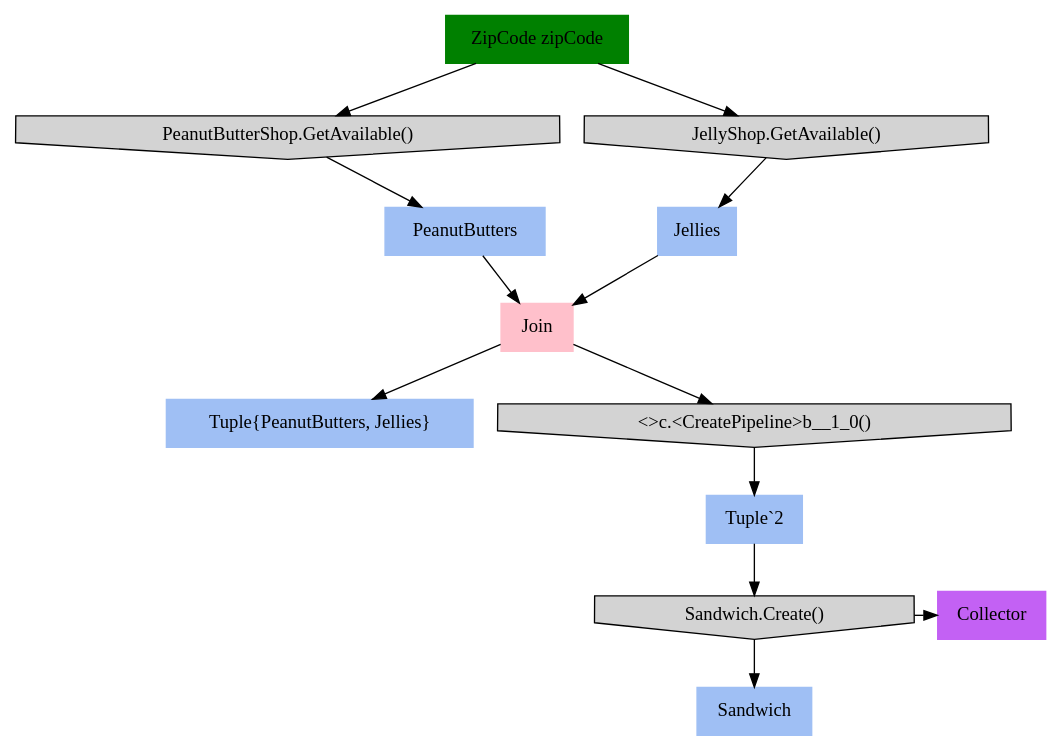
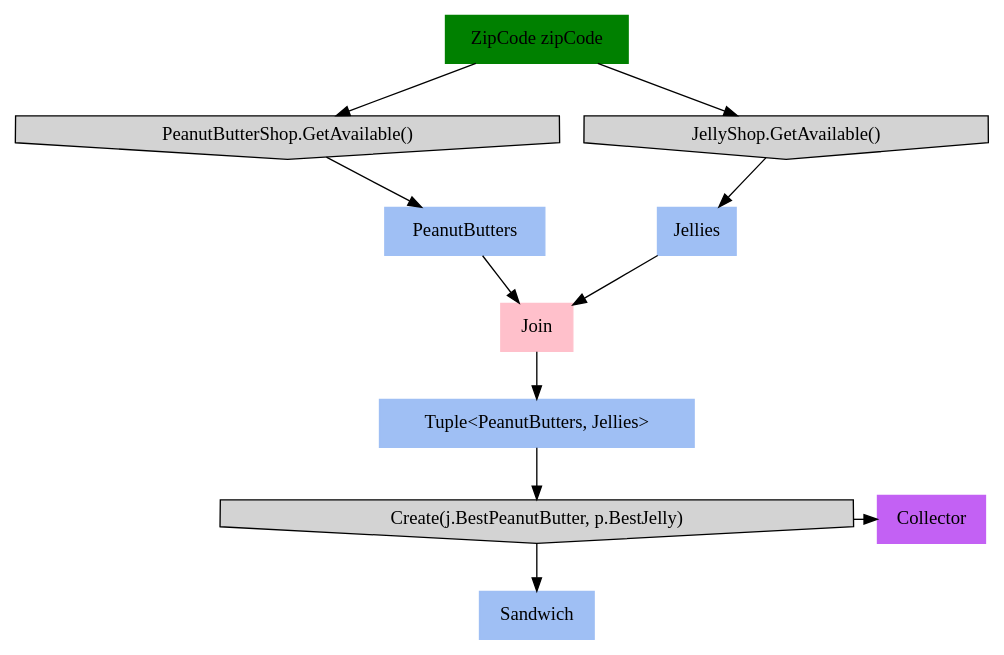
The diagram in PipelinesExercise.Tests/Tests.Test_StartHere.approved.dot (refactoring-pipelines/PipelinesExercise), drawn with Graphviz before and after one commit. The commit also changed 1 other file, not shown here.

Commit message:
Update approved graph

```diff
--- a/PipelinesExercise.Tests/Tests.Test_StartHere.approved.dot
+++ b/PipelinesExercise.Tests/Tests.Test_StartHere.approved.dot
@@ -1,28 +1,25 @@
 digraph G { node [style=filled, shape=rec]
 
 # Nodes
 "ZipCode zipCode" -> "PeanutButterShop.GetAvailable()" -> "PeanutButters"
-{"PeanutButters", "Jellies"} -> "Join" -> "Tuple{PeanutButters, Jellies}"
-"Join" -> "<>c.<CreatePipeline>b__1_0()" -> "Tuple`2"
-"Tuple`2" -> "Sandwich.Create()" -> {"Sandwich", "Collector"}
+{"PeanutButters", "Jellies"} -> "Join" -> "Tuple<PeanutButters, Jellies>"
+"Tuple<PeanutButters, Jellies>" -> "Create(j.BestPeanutButter, p.BestJelly)" -> {"Sandwich", "Collector"}
 "ZipCode zipCode" -> "JellyShop.GetAvailable()" -> "Jellies"
 
 
 # Formatting
 "ZipCode zipCode" [color=green]
 "PeanutButters" [color="#9fbff4"]
 "PeanutButterShop.GetAvailable()" [shape=invhouse]
-"Tuple{PeanutButters, Jellies}" [color="#9fbff4"]
+"Tuple<PeanutButters, Jellies>" [color="#9fbff4"]
 "Join" [color=pink]
-"Tuple`2" [color="#9fbff4"]
-"<>c.<CreatePipeline>b__1_0()" [shape=invhouse]
 "Sandwich" [color="#9fbff4"]
-"Sandwich.Create()" [shape=invhouse]
+"Create(j.BestPeanutButter, p.BestJelly)" [shape=invhouse]
 "Collector" [color = "#c361f4"]
 "Jellies" [color="#9fbff4"]
 "JellyShop.GetAvailable()" [shape=invhouse]
 
-{ rank=same; "Sandwich.Create()", "Collector"}
+{ rank=same; "Create(j.BestPeanutButter, p.BestJelly)", "Collector"}
 
 
 }
```
